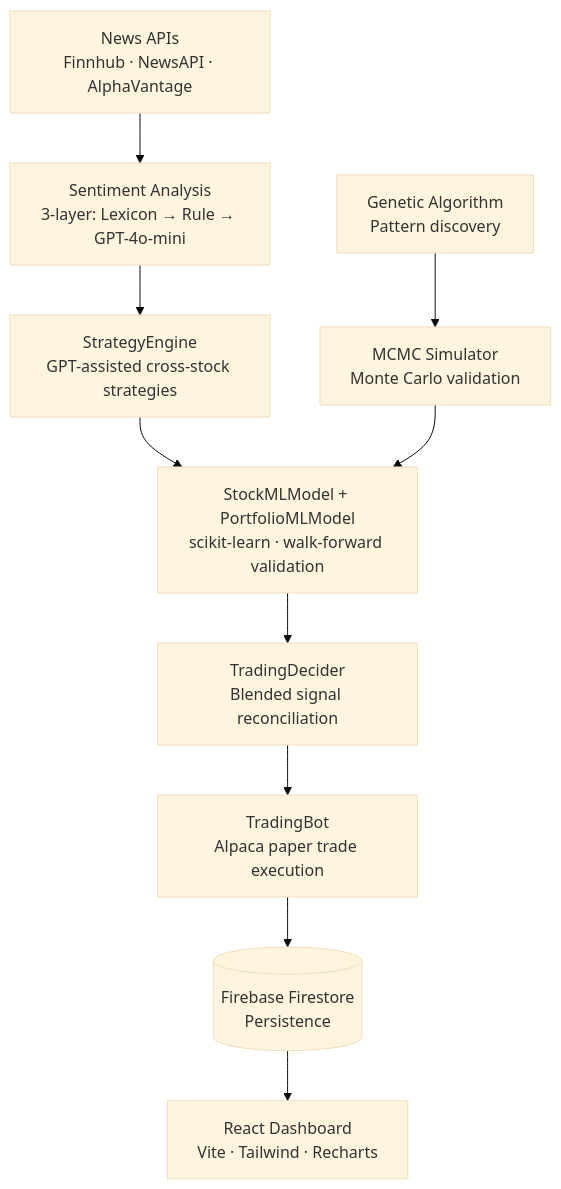
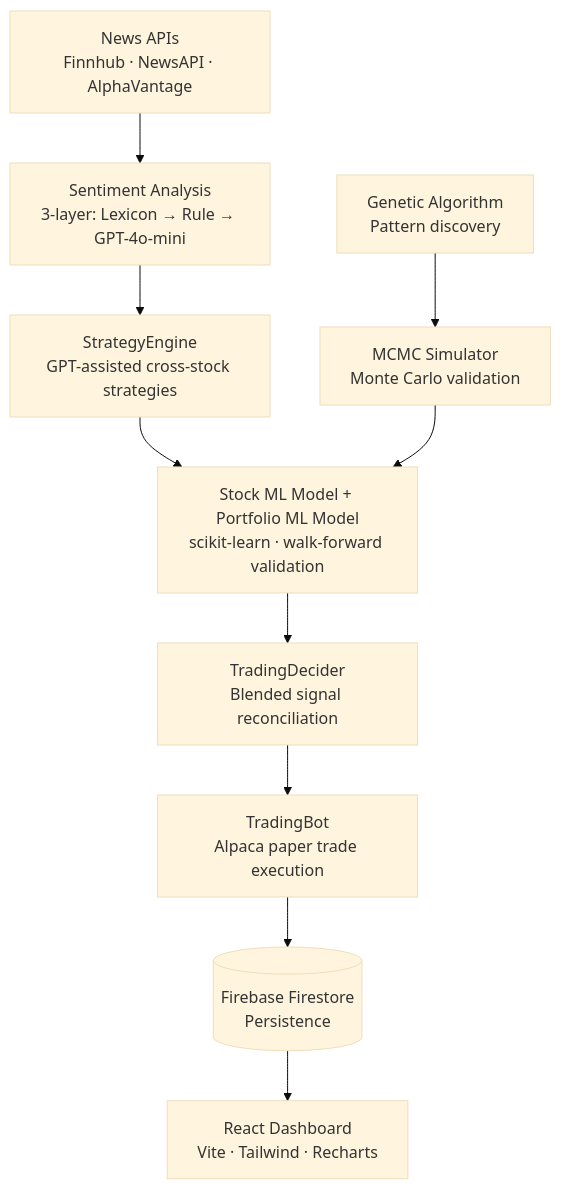
The diagram in README.md (Haripratiik/Stock-Portfolio-Optimizer), drawn with Mermaid (base theme) before and after one commit.

Commit message:
Fix formatting in flowchart for ML models
Corrected spacing in the Stock ML Model and Portfolio ML Model label.

````diff
--- a/README.md
+++ b/README.md
@@ -20,14 +20,14 @@
 ```mermaid
 flowchart TD
     A[News APIs\nFinnhub · NewsAPI · AlphaVantage] --> B[Sentiment Analysis\n3-layer: Lexicon → Rule → GPT-4o-mini]
     B --> C[StrategyEngine\nGPT-assisted cross-stock strategies]
-    C --> D[StockMLModel + PortfolioMLModel\nscikit-learn · walk-forward validation]
+    C --> D[Stock ML Model + Portfolio ML Model\nscikit-learn · walk-forward validation]
     D --> E[TradingDecider\nBlended signal reconciliation]
     E --> F[TradingBot\nAlpaca paper trade execution]
 
     G[Genetic Algorithm\nPattern discovery] --> H[MCMC Simulator\nMonte Carlo validation]
     H --> D
 
     F --> I[(Firebase Firestore\nPersistence)]
     I --> J[React Dashboard\nVite · Tailwind · Recharts]
 ```
````
